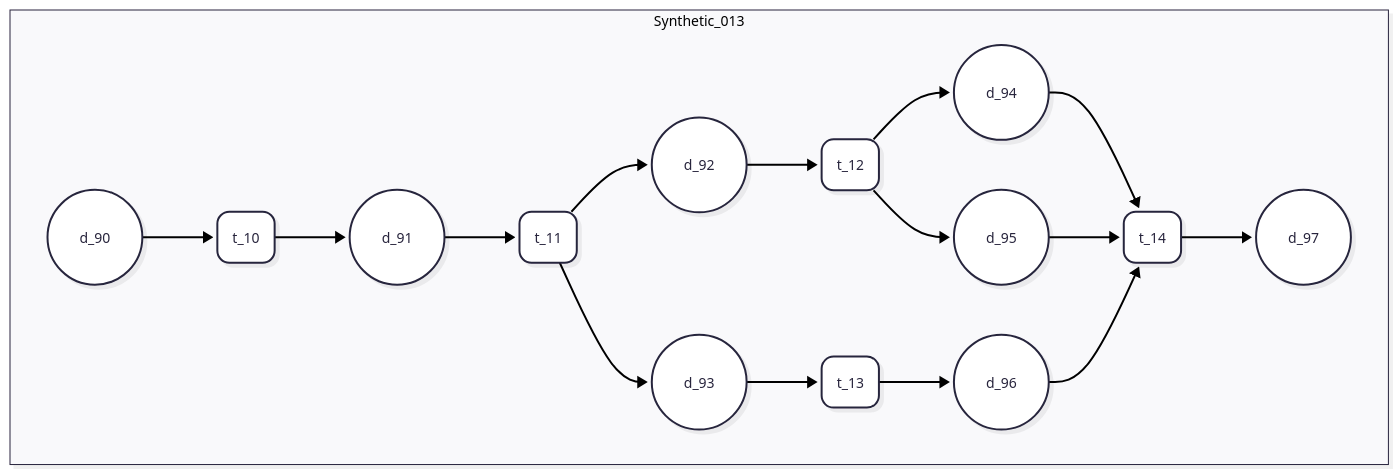
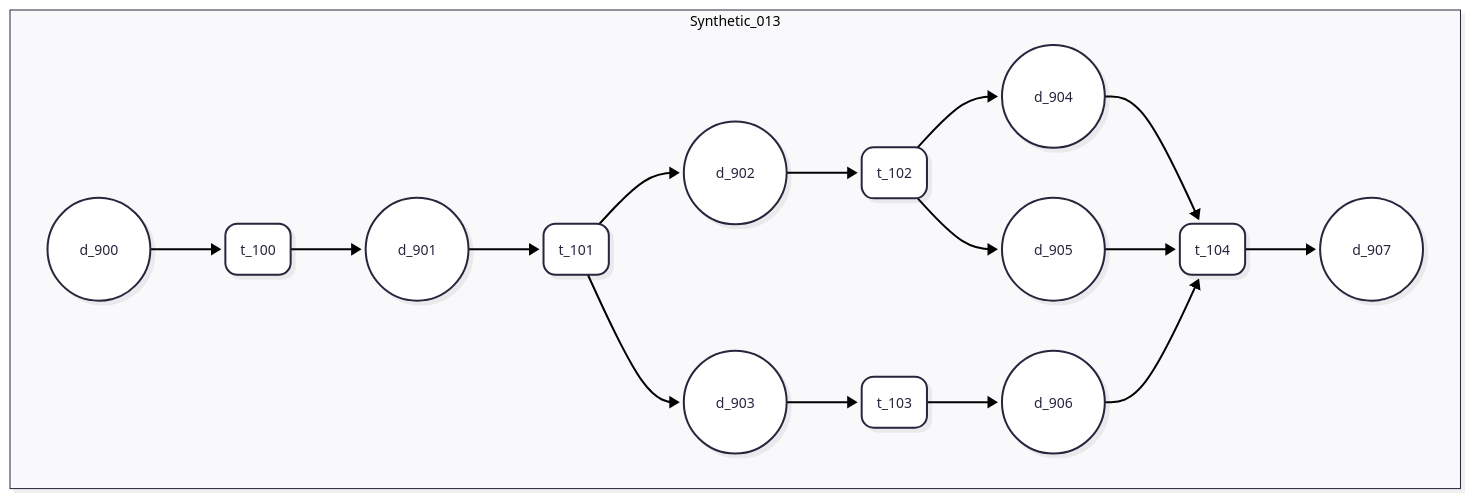
One commit to UFFeScience/denethor changed the diagram in resources/data/instance_files/synthetic/synthetic_user_defined/mermaid/Synthetic_013.mermaid. Above: the diagram before and after it, drawn with Mermaid. The commit also changed 36 other files, not shown here.

```diff
--- a/resources/data/instance_files/synthetic/synthetic_user_defined/mermaid/Synthetic_013.mermaid
+++ b/resources/data/instance_files/synthetic/synthetic_user_defined/mermaid/Synthetic_013.mermaid
@@ -1,35 +1,37 @@
 ---
 config:
   layout: dagre
   theme: redux
   look: neo
+notes: |
+  PATTERN: Map, Split, Merge
 ---
 flowchart LR
  subgraph Synthetic_13["Synthetic_013"]
     direction LR
-        S13_d0(("d_90"))
-        S13_d1(("d_91"))
-        S13_d2(("d_92"))
-        S13_d3(("d_93"))
-        S13_d4(("d_94"))
-        S13_d5(("d_95"))
-        S13_d6(("d_96"))
-        S13_d7(("d_97"))
-        S13_t0("t_10")
-        S13_t1("t_11")
-        S13_t2("t_12")
-        S13_t3("t_13")
-        S13_t4("t_14")
+        S13_d0(("d_900"))
+        S13_d1(("d_901"))
+        S13_d2(("d_902"))
+        S13_d3(("d_903"))
+        S13_d4(("d_904"))
+        S13_d5(("d_905"))
+        S13_d6(("d_906"))
+        S13_d7(("d_907"))
+        S13_t0("t_100")
+        S13_t1("t_101")
+        S13_t2("t_102")
+        S13_t3("t_103")
+        S13_t4("t_104")
   end
     S13_d0 --> S13_t0
     S13_d1 --> S13_t1
     S13_d2 --> S13_t2
     S13_d3 --> S13_t3
     S13_d4 --> S13_t4
     S13_d5 --> S13_t4
     S13_d6 --> S13_t4
     S13_t0 --> S13_d1
     S13_t1 --> S13_d2 & S13_d3
     S13_t2 --> S13_d4 & S13_d5
     S13_t3 --> S13_d6
     S13_t4 --> S13_d7
```
